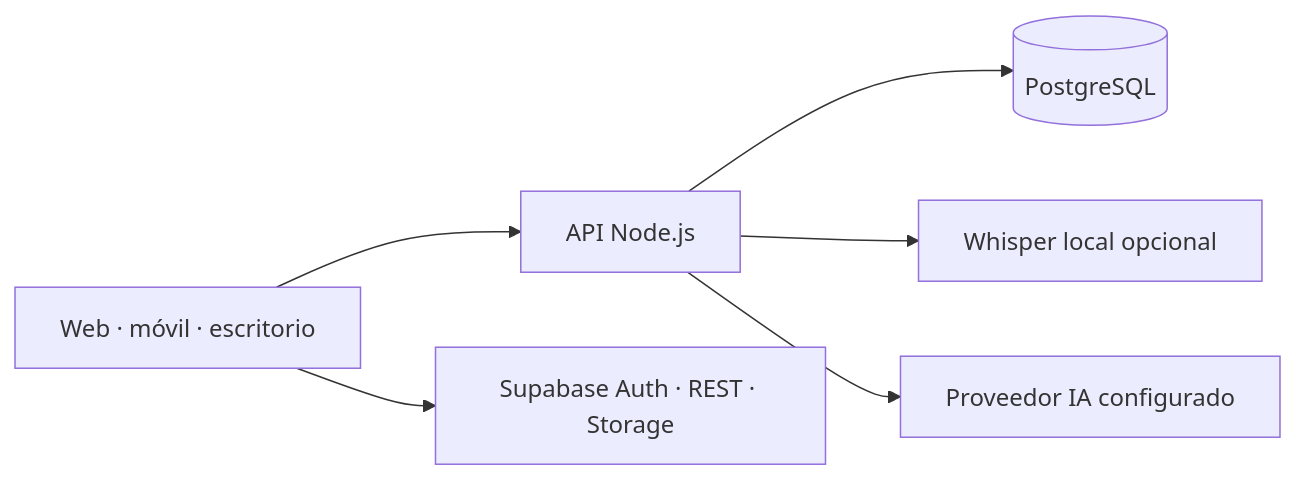
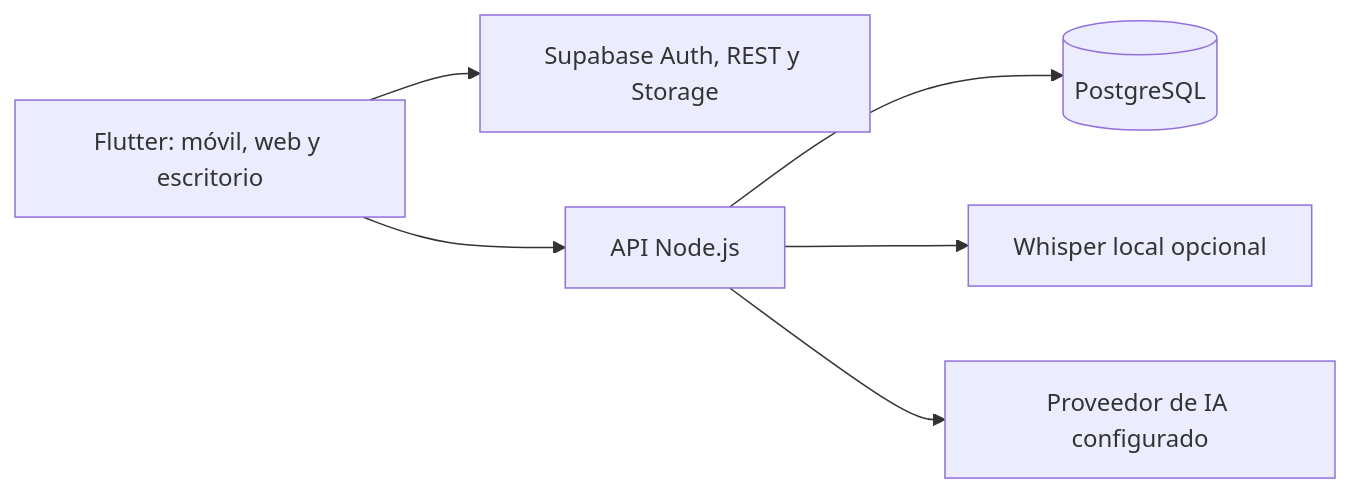
One commit to ToshioDev/lumenote-app changed the diagram in README.md. Above: the diagram before and after it, drawn with Mermaid. The commit also changed other lines of this file and 5 other files, not shown here.

````diff
--- a/README.md
+++ b/README.md
@@ -79,8 +101,8 @@
 ```mermaid
 flowchart LR
-    U[Web · móvil · escritorio] --> A[API Node.js]
+    U[Flutter: móvil, web y escritorio] --> S[Supabase Auth, REST y Storage]
+    U --> A[API Node.js]
     A --> D[(PostgreSQL)]
     A --> W[Whisper local opcional]
-    U --> S[Supabase Auth · REST · Storage]
-    A --> P[Proveedor IA configurado]
+    A --> M[Proveedor de IA configurado]
 ```
````
